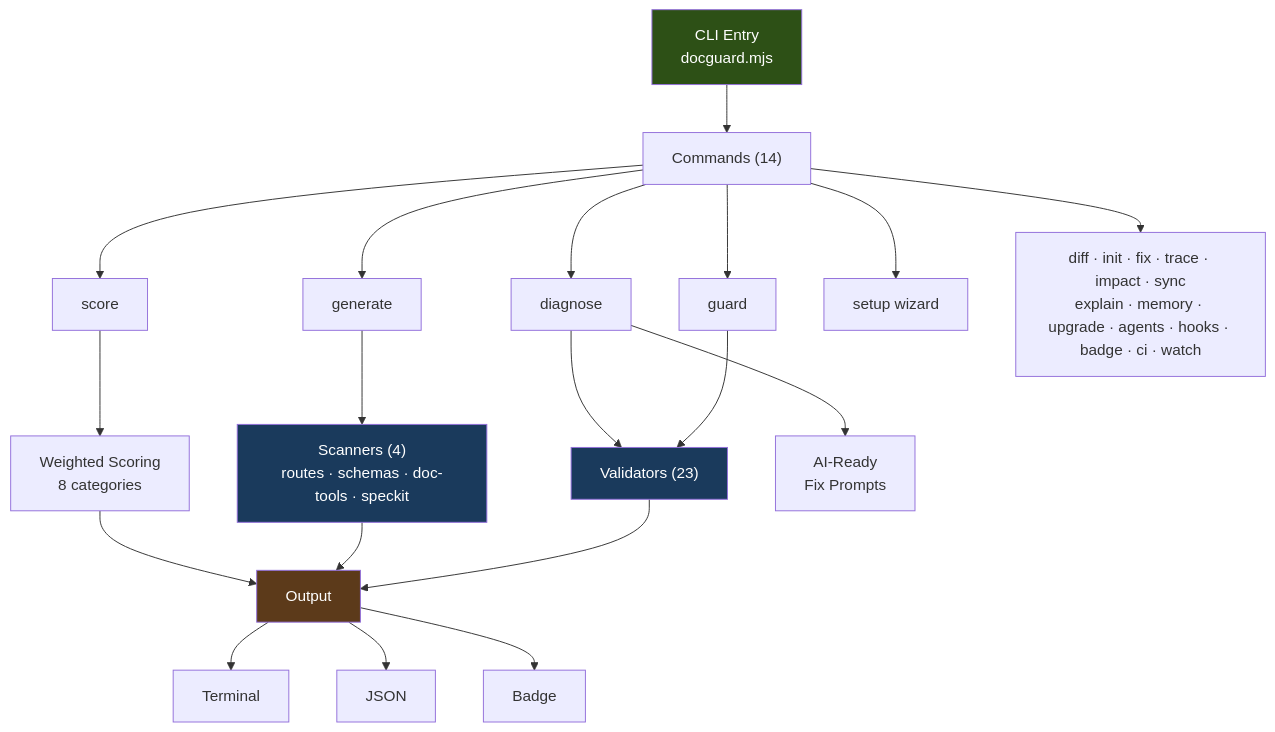
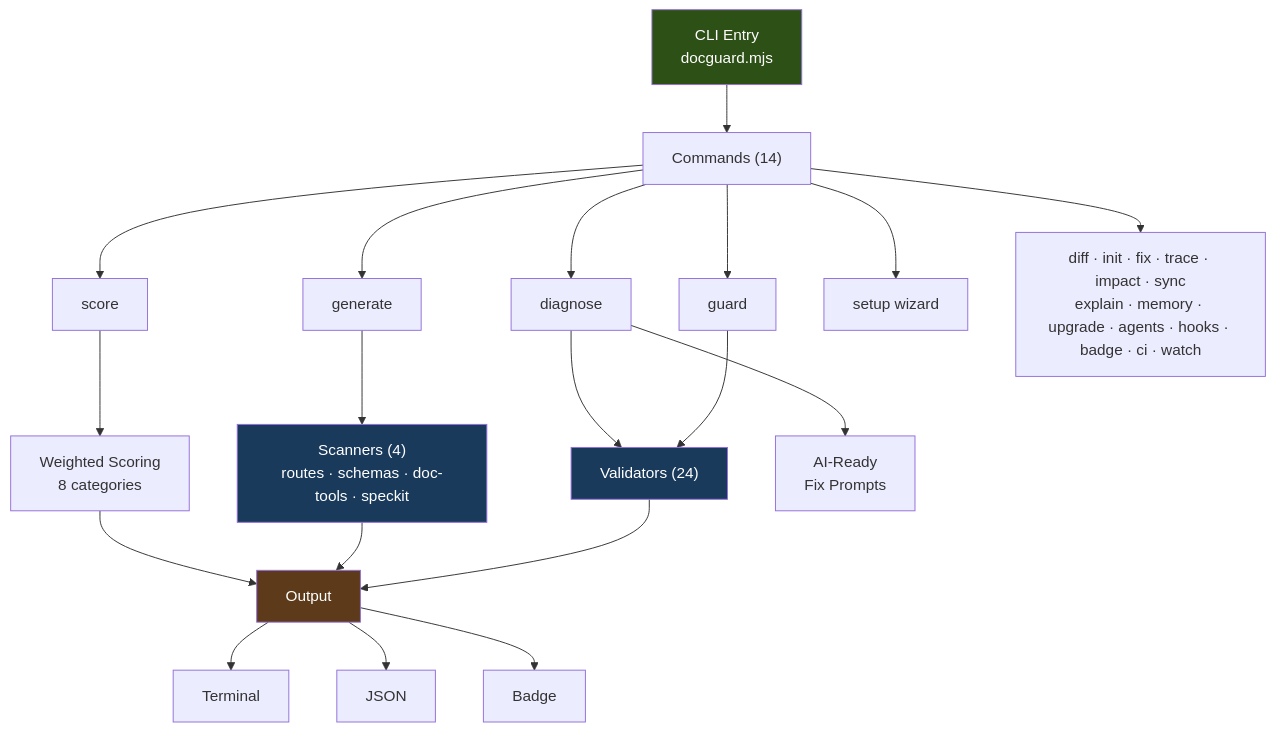
The diagram in README.md (raccioly/docguard), drawn with Mermaid before and after one commit. The commit also changed other lines of this file and 39 other files, not shown here.

````diff
--- a/README.md
+++ b/README.md
@@ -64,28 +64,28 @@
 ```mermaid
 graph TD
     CLI["CLI Entry<br/>docguard.mjs"] --> Commands["Commands (14)"]
     Commands --> guard["guard"]
     Commands --> generate["generate"]
     Commands --> score["score"]
     Commands --> diagnose["diagnose"]
     Commands --> setup["setup wizard"]
     Commands --> other["diff · init · fix · trace · impact · sync<br/>explain · memory · upgrade · agents · hooks · badge · ci · watch"]
 
-    guard --> Validators["Validators (23)"]
+    guard --> Validators["Validators (24)"]
     generate --> Scanners["Scanners (4)<br/>routes · schemas · doc-tools · speckit"]
     score --> Scoring["Weighted Scoring<br/>8 categories"]
     diagnose --> Validators
     diagnose --> AIPrompts["AI-Ready<br/>Fix Prompts"]
 
     Validators --> Output["Output"]
     Scanners --> Output
     Scoring --> Output
     Output --> Terminal["Terminal"]
     Output --> JSON["JSON"]
     Output --> Badge["Badge"]
 
     style CLI fill:#2d5016,color:#fff
     style Validators fill:#1a3a5c,color:#fff
     style Scanners fill:#1a3a5c,color:#fff
     style Output fill:#5c3a1a,color:#fff
 ```
````
